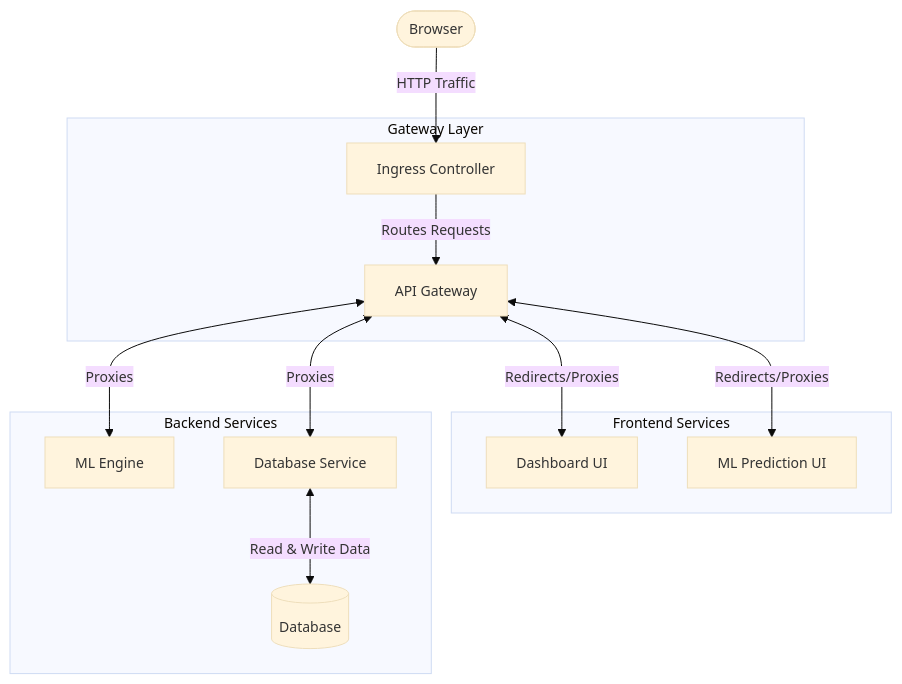
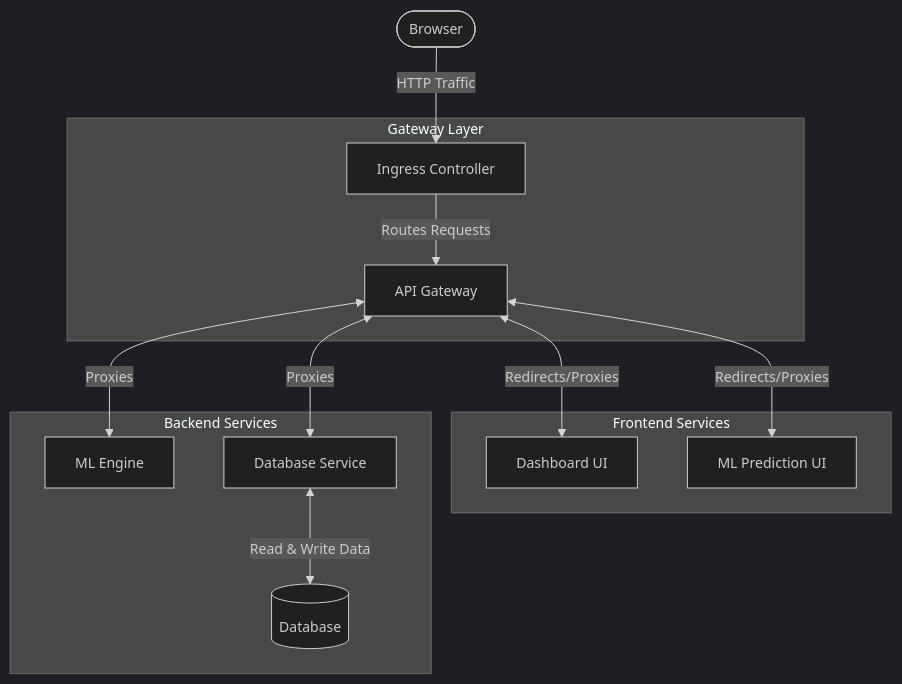
Before and after one commit to g-yihao28a/AslamNo1Fan: the diagram in README.md, drawn with Mermaid.

Commit message:
Change diagram styling

````diff
--- a/README.md
+++ b/README.md
@@ -308,39 +308,39 @@
 ```mermaid
 %%{init: {
-  'theme': 'base',
+  'theme': 'dark',
   'themeVariables': {
     'fontFamily': 'arial',
     'fontSize': '14px'
   },
   'flowchart': {
     'curve': 'smooth'
   }
 }}%%
 graph TD
     Client([Browser])
 
     subgraph Entrypoint [Gateway Layer]
         Ingress[Ingress Controller]
         A[API Gateway]
     end
 
     subgraph Frontend [Frontend Services]
         B[Dashboard UI]
         C[ML Prediction UI]
     end
 
     subgraph Backend [Backend Services]
         D[ML Engine]
         E[Database Service]
         F[(Database)]
     end
 
     Client -->|HTTP Traffic| Ingress
     Ingress -->|Routes Requests| A
 
     A <-->|Redirects/Proxies| B
     A <-->|Redirects/Proxies| C
     A <-->|Proxies| D
     A <-->|Proxies| E
     E <-->|Read & Write Data| F
 ```
````
